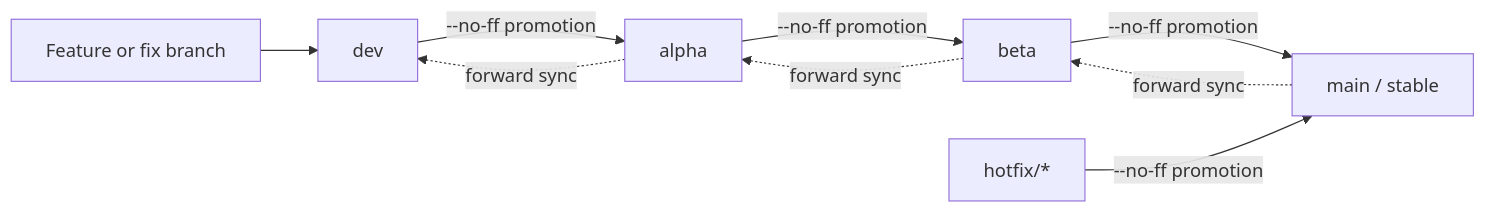
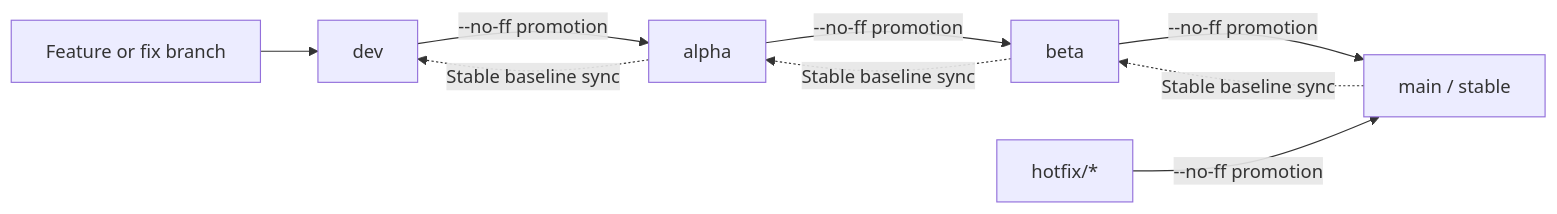
Before and after one commit to MinecraftSTL/XYML: the diagram in docs/ReleaseSchedule.md, drawn with Mermaid. The commit also changed other lines of this file and 6 other files, not shown here.

````diff
--- a/docs/ReleaseSchedule.md
+++ b/docs/ReleaseSchedule.md
@@ -61,11 +62,11 @@
 ```mermaid
 flowchart LR
     F["Feature or fix branch"] --> D["dev"]
     D -->|"--no-ff promotion"| A["alpha"]
     A -->|"--no-ff promotion"| B["beta"]
     B -->|"--no-ff promotion"| S["main / stable"]
     H["hotfix/*"] -->|"--no-ff promotion"| S
-    S -. "forward sync" .-> B
-    B -. "forward sync" .-> A
-    A -. "forward sync" .-> D
+    S -. "Stable baseline sync" .-> B
+    B -. "Stable baseline sync" .-> A
+    A -. "Stable baseline sync" .-> D
 ```
````
